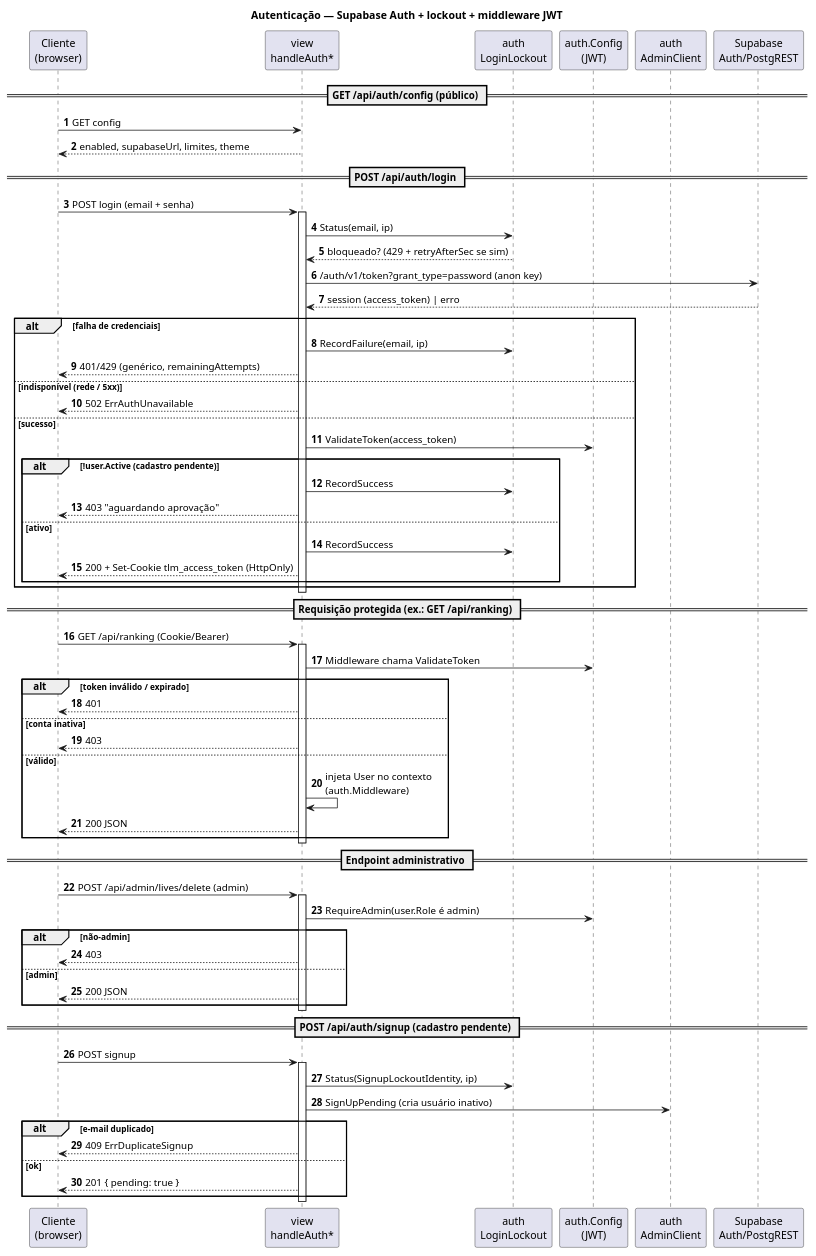
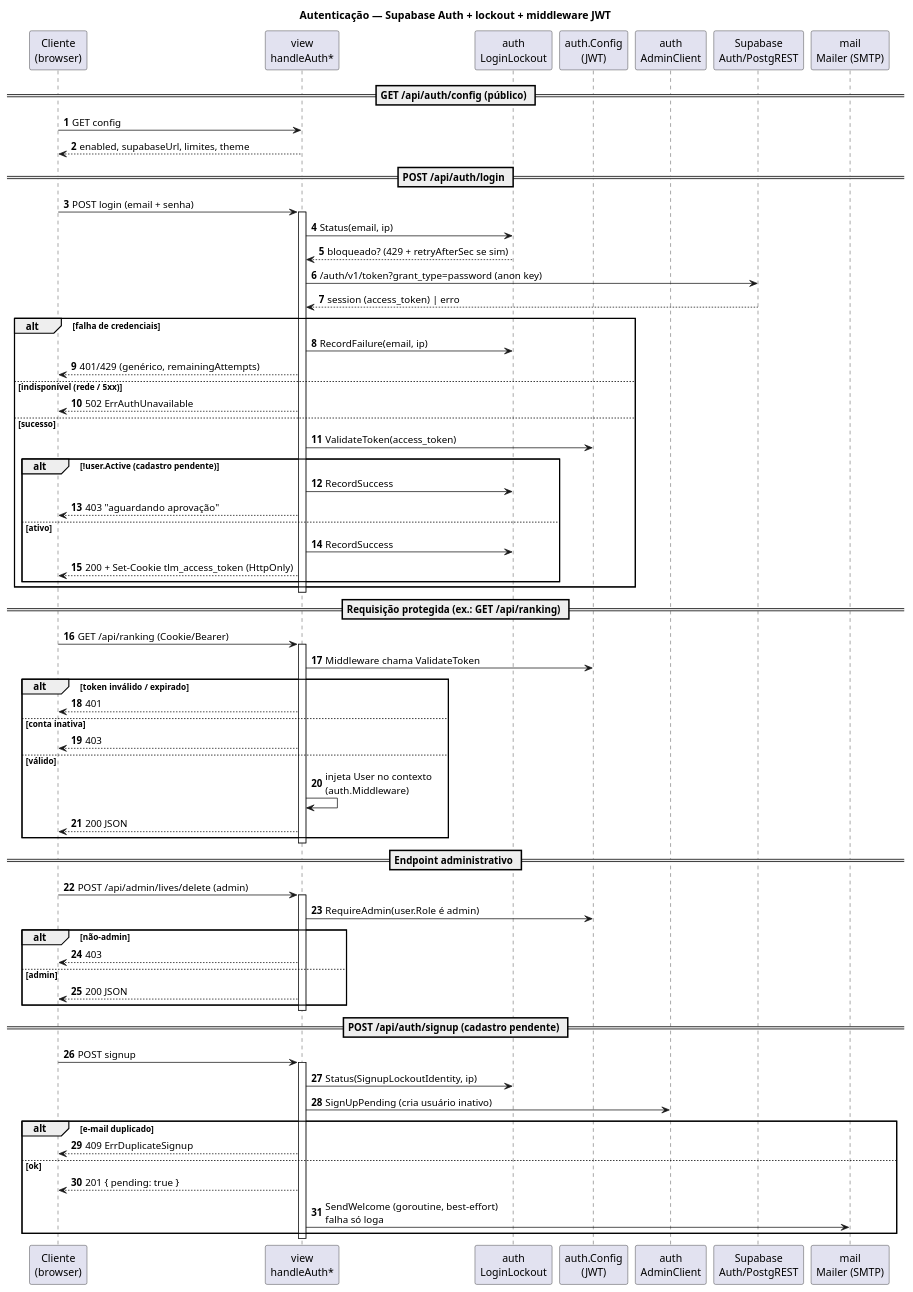
One commit to thiagohmm/tiktokLiveMonitor changed the diagram in docs/backend/diagrams/03-autenticacao.puml. Above: the diagram before and after it, drawn with PlantUML. The commit also changed 7 other files, not shown here.

Commit message:
feat(auth): send welcome email after signup

```diff
--- a/docs/backend/diagrams/03-autenticacao.puml
+++ b/docs/backend/diagrams/03-autenticacao.puml
@@ -1,81 +1,83 @@
 @startuml
 ' 03-autenticacao.puml — Login, cadastro e proteção de rotas
 title Autenticação — Supabase Auth + lockout + middleware JWT
 
 skinparam defaultFontName "Helvetica"
 autonumber
 
 participant "Cliente\n(browser)" as CLIENT
 participant "view\nhandleAuth*" as VIEW
 participant "auth\nLoginLockout" as LOCK
 participant "auth.Config\n(JWT)" as JWT
 participant "auth\nAdminClient" as ADMIN
 participant "Supabase\nAuth/PostgREST" as SUPA
+participant "mail\nMailer (SMTP)" as MAIL
 
 == GET /api/auth/config (público) ==
 CLIENT -> VIEW : GET config
 VIEW --> CLIENT : enabled, supabaseUrl, limites, theme
 
 == POST /api/auth/login ==
 CLIENT -> VIEW : POST login (email + senha)
 activate VIEW
 VIEW -> LOCK : Status(email, ip)
 LOCK --> VIEW : bloqueado? (429 + retryAfterSec se sim)
 VIEW -> SUPA : /auth/v1/token?grant_type=password (anon key)
 SUPA --> VIEW : session (access_token) | erro
 
 alt falha de credenciais
     VIEW -> LOCK : RecordFailure(email, ip)
     VIEW --> CLIENT : 401/429 (genérico, remainingAttempts)
 else indisponível (rede / 5xx)
     VIEW --> CLIENT : 502 ErrAuthUnavailable
 else sucesso
     VIEW -> JWT : ValidateToken(access_token)
     alt !user.Active (cadastro pendente)
         VIEW -> LOCK : RecordSuccess
         VIEW --> CLIENT : 403 "aguardando aprovação"
     else ativo
         VIEW -> LOCK : RecordSuccess
         VIEW --> CLIENT : 200 + Set-Cookie tlm_access_token (HttpOnly)
     end
 end
 deactivate VIEW
 
 == Requisição protegida (ex.: GET /api/ranking) ==
 CLIENT -> VIEW : GET /api/ranking (Cookie/Bearer)
 activate VIEW
 VIEW -> JWT : Middleware chama ValidateToken
 alt token inválido / expirado
     VIEW --> CLIENT : 401
 else conta inativa
     VIEW --> CLIENT : 403
 else válido
     VIEW -> VIEW : injeta User no contexto\n(auth.Middleware)
     VIEW --> CLIENT : 200 JSON
 end
 deactivate VIEW
 
 == Endpoint administrativo ==
 CLIENT -> VIEW : POST /api/admin/lives/delete (admin)
 activate VIEW
 VIEW -> JWT : RequireAdmin(user.Role é admin)
 alt não-admin
     VIEW --> CLIENT : 403
 else admin
     VIEW --> CLIENT : 200 JSON
 end
 deactivate VIEW
 
 == POST /api/auth/signup (cadastro pendente) ==
 CLIENT -> VIEW : POST signup
 activate VIEW
 VIEW -> LOCK : Status(SignupLockoutIdentity, ip)
 VIEW -> ADMIN : SignUpPending (cria usuário inativo)
 alt e-mail duplicado
     VIEW --> CLIENT : 409 ErrDuplicateSignup
 else ok
     VIEW --> CLIENT : 201 { pending: true }
+    VIEW -> MAIL : SendWelcome (goroutine, best-effort)\nfalha só loga
 end
 deactivate VIEW
 
 @enduml
```
